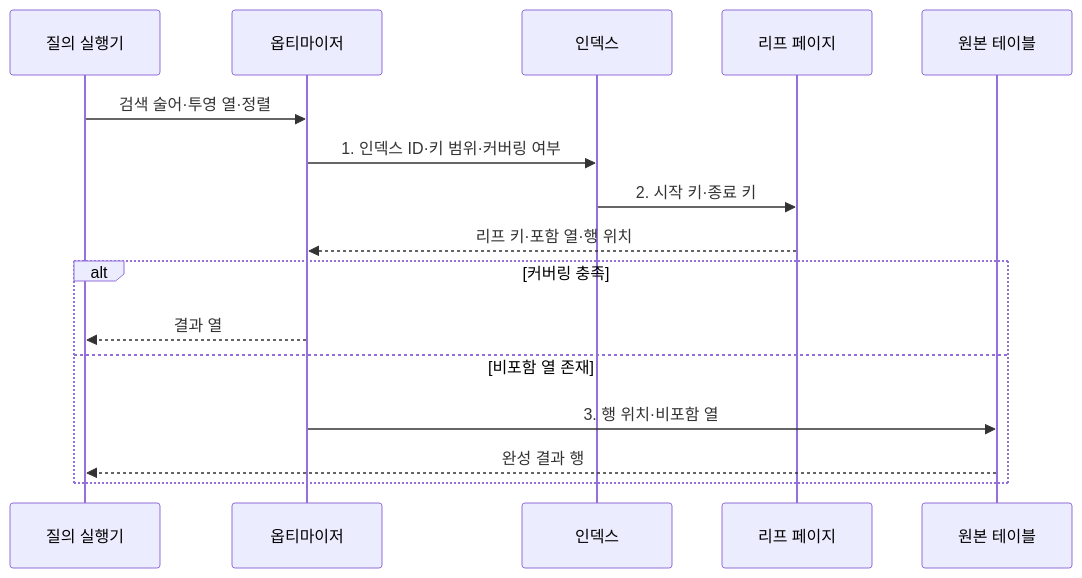
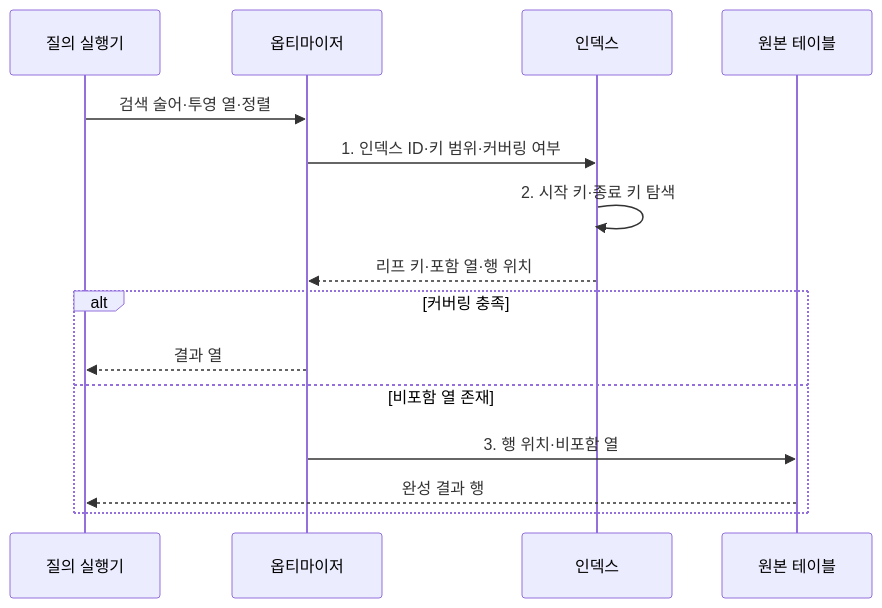
One commit to agnusdei1207/knowledge-base changed the second of 2 diagrams in src/content/docs/notes/03-software/094_clustered_covering_index.md. Above: the diagram before and after it, drawn with Mermaid. The commit also changed other lines of this file and 8 other files, not shown here.

Commit message:
Simplify database execution diagrams

````diff
--- a/src/content/docs/notes/03-software/094_clustered_covering_index.md
+++ b/src/content/docs/notes/03-software/094_clustered_covering_index.md
@@ -97,18 +97,17 @@
 ```mermaid
 sequenceDiagram
     participant Q as 질의 실행기
     participant O as 옵티마이저
     participant I as 인덱스
-    participant L as 리프 페이지
     participant T as 원본 테이블
     Q->>O: 검색 술어·투영 열·정렬
     O->>I: 1. 인덱스 ID·키 범위·커버링 여부
-    I->>L: 2. 시작 키·종료 키
-    L-->>O: 리프 키·포함 열·행 위치
+    I->>I: 2. 시작 키·종료 키 탐색
+    I-->>O: 리프 키·포함 열·행 위치
     alt 커버링 충족
         O-->>Q: 결과 열
     else 비포함 열 존재
         O->>T: 3. 행 위치·비포함 열
         T-->>Q: 완성 결과 행
     end
 ```
````
